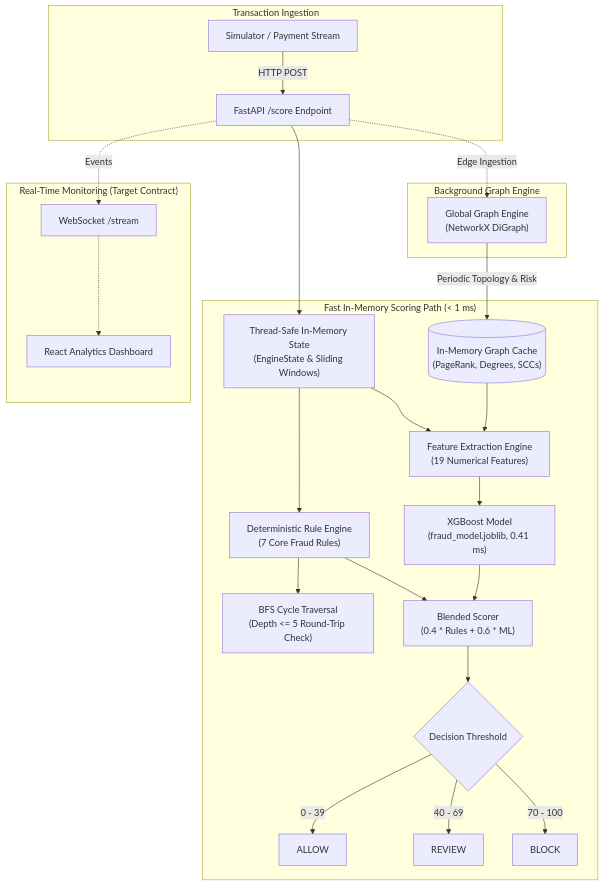
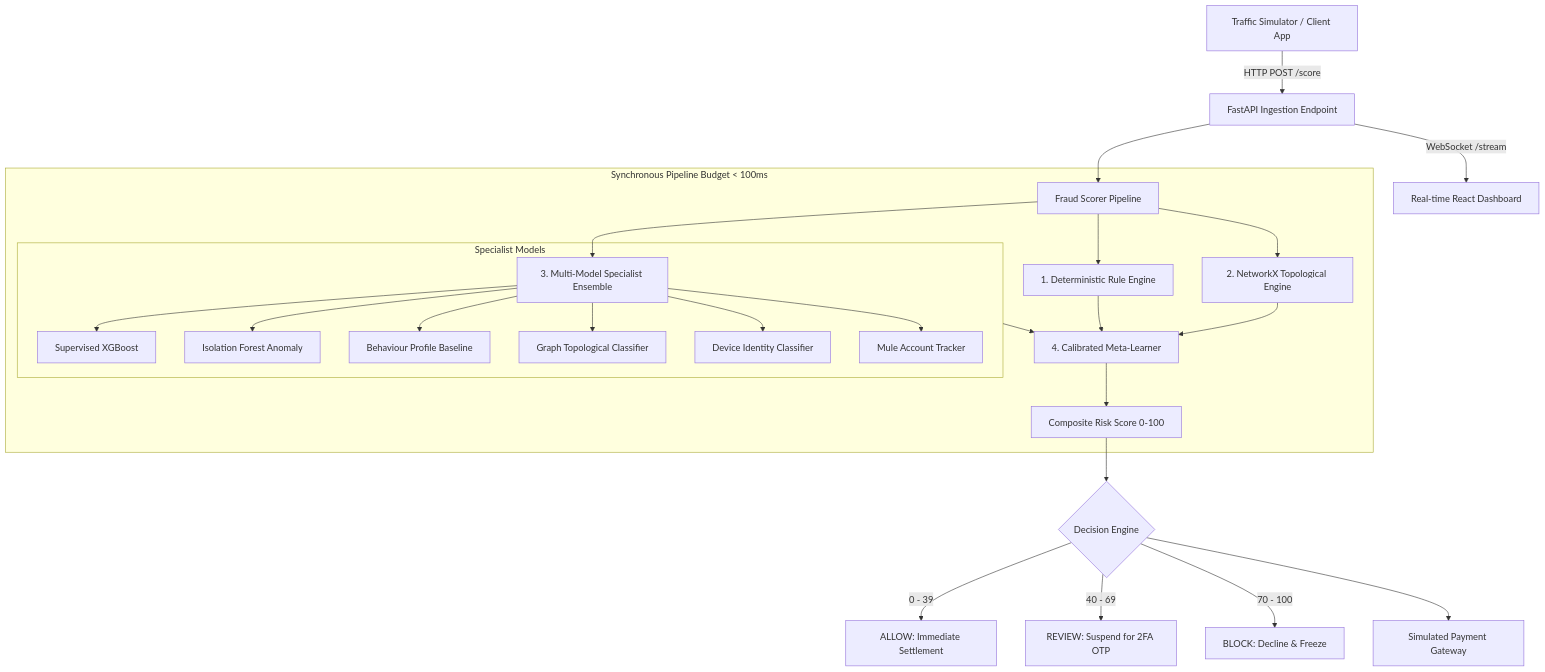
Before and after one commit to shaurya07-cell/FraudShield: the diagram in README.md, drawn with Mermaid. The commit also changed other lines of this file and 3 other files, not shown here.

````diff
--- a/README.md
+++ b/README.md
@@ -91,35 +37,33 @@
 ```mermaid
 flowchart TD
-    subgraph Ingestion["Transaction Ingestion"]
-        SIM["Simulator / Payment Stream"] -->|HTTP POST| API["FastAPI /score Endpoint"]
+    Client[Traffic Simulator / Client App] -->|HTTP POST /score| API[FastAPI Ingestion Endpoint]
+    API --> Scorer[Fraud Scorer Pipeline]
+
+    subgraph Pipeline [Synchronous Pipeline Budget < 100ms]
+        Scorer --> Rules[1. Deterministic Rule Engine]
+        Scorer --> Graph[2. NetworkX Topological Engine]
+        Scorer --> ML[3. Multi-Model Specialist Ensemble]
+
+        subgraph Ensemble [Specialist Models]
+            ML --> M1[Supervised XGBoost]
+            ML --> M2[Isolation Forest Anomaly]
+            ML --> M3[Behaviour Profile Baseline]
+            ML --> M4[Graph Topological Classifier]
+            ML --> M5[Device Identity Classifier]
+            ML --> M6[Mule Account Tracker]
+        end
+
+        Rules --> Meta[4. Calibrated Meta-Learner]
+        Graph --> Meta
+        Ensemble --> Meta
+        Meta --> Score[Composite Risk Score 0-100]
     end
 
-    subgraph FastPath["Fast In-Memory Scoring Path (< 1 ms)"]
-        API --> STATE["Thread-Safe In-Memory State\n(EngineState & Sliding Windows)"]
-        STATE --> RULES["Deterministic Rule Engine\n(7 Core Fraud Rules)"]
-        RULES --> BFS["BFS Cycle Traversal\n(Depth <= 5 Round-Trip Check)"]
-        
-        STATE --> FEAT["Feature Extraction Engine\n(19 Numerical Features)"]
-        CACHE[("In-Memory Graph Cache\n(PageRank, Degrees, SCCs)")] --> FEAT
-        
-        FEAT --> ML["XGBoost Model\n(fraud_model.joblib, 0.41 ms)"]
-        
-        RULES --> SCORER["Blended Scorer\n(0.4 * Rules + 0.6 * ML)"]
-        ML --> SCORER
-        
-        SCORER --> DECISION{"Decision Threshold"}
-        DECISION -->|0 - 39| ALLOW["ALLOW"]
-        DECISION -->|40 - 69| REVIEW["REVIEW"]
-        DECISION -->|70 - 100| BLOCK["BLOCK"]
-    end
+    Score --> Decision{Decision Engine}
+    Decision -->|0 - 39| ALLOW[ALLOW: Immediate Settlement]
+    Decision -->|40 - 69| REVIEW[REVIEW: Suspend for 2FA OTP]
+    Decision -->|70 - 100| BLOCK[BLOCK: Decline & Freeze]
 
-    subgraph BackgroundPath["Background Graph Engine"]
-        GRAPH["Global Graph Engine\n(NetworkX DiGraph)"] -->|Periodic Topology & Risk| CACHE
-        API -.->|Edge Ingestion| GRAPH
-    end
-
-    subgraph DashboardPath["Real-Time Monitoring (Target Contract)"]
-        API -.->|Events| WS["WebSocket /stream"]
-        WS -.-> REACT["React Analytics Dashboard"]
-    end
+    Decision --> Gateway[Simulated Payment Gateway]
+    API -->|WebSocket /stream| Dashboard[Real-time React Dashboard]
 ```
````
